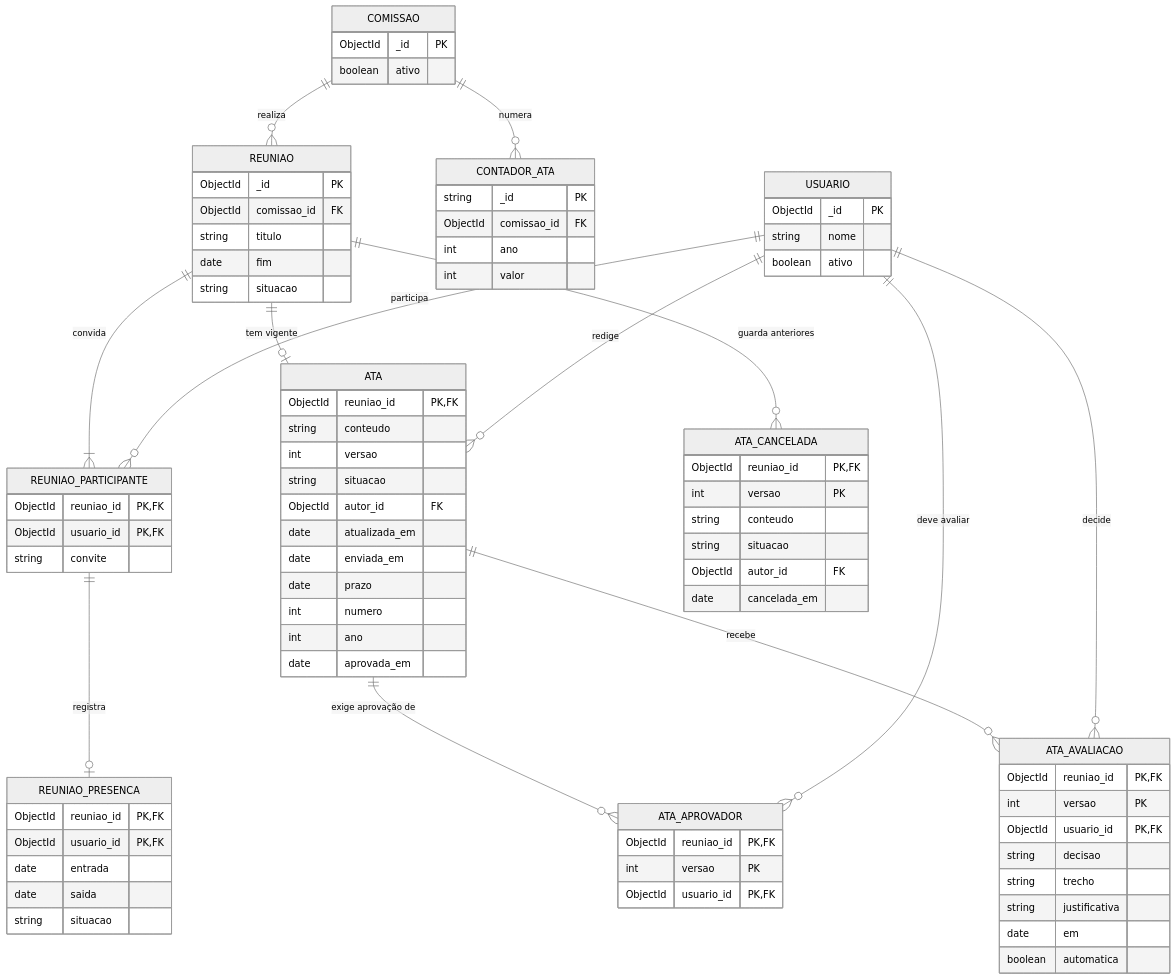
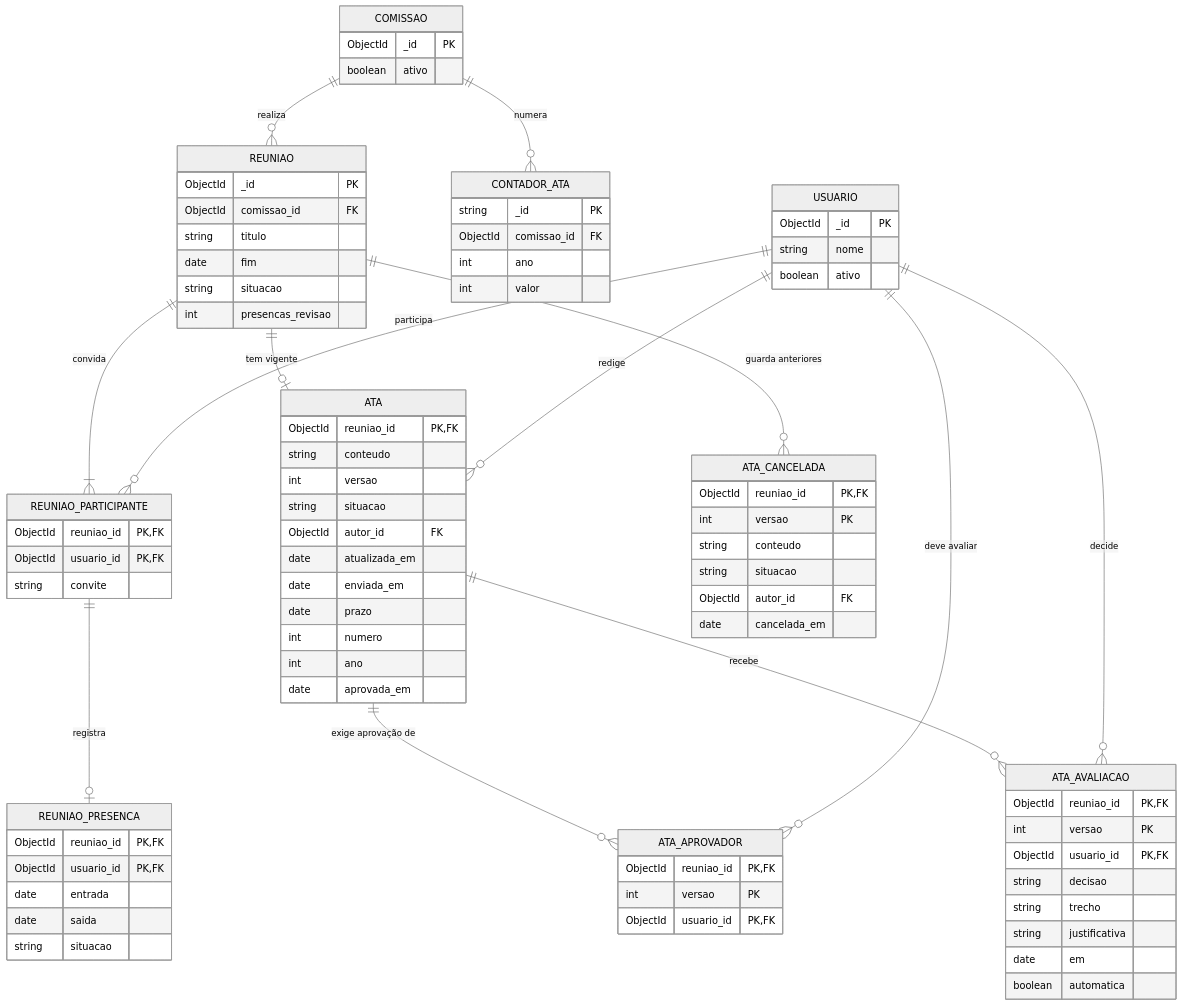
Before and after one commit to Conecta-IFSP/DOCUMENTATION: the diagram in 4 - Incremento3/atas/4 - diagrama-relacional-atas.md, drawn with Mermaid (neutral theme). The commit also changed other lines of this file and 9 other files, not shown here.

```diff
--- a/4 - Incremento3/atas/4 - diagrama-relacional-atas.md
+++ b/4 - Incremento3/atas/4 - diagrama-relacional-atas.md
@@ -29,6 +29,7 @@
         string titulo
         date fim
         string situacao
+        int presencas_revisao
     }
     REUNIAO_PARTICIPANTE {
         ObjectId reuniao_id PK,FK
```
